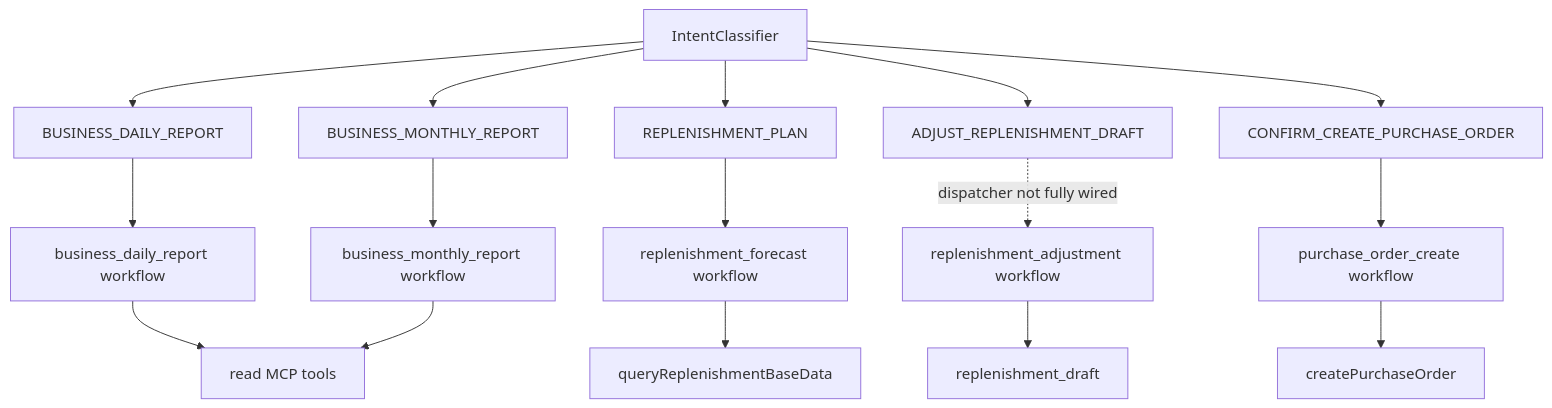
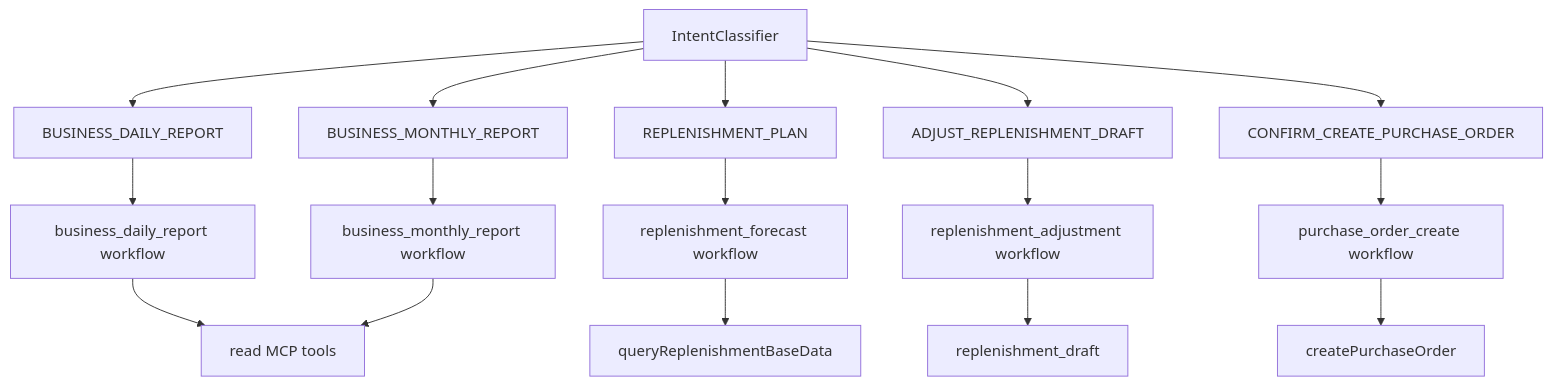
One commit to shiyongyin/storePilotAI changed the first of 2 diagrams in docs/ai-ontology/04_skill_intent_workflow.md. Above: the diagram before and after it, drawn with Mermaid. The commit also changed other lines of this file and 22 other files, not shown here.

````diff
--- a/docs/ai-ontology/04_skill_intent_workflow.md
+++ b/docs/ai-ontology/04_skill_intent_workflow.md
@@ -37,18 +51,18 @@
 ```mermaid
 flowchart TD
   Intent[IntentClassifier] --> Daily[BUSINESS_DAILY_REPORT]
   Intent --> Monthly[BUSINESS_MONTHLY_REPORT]
   Intent --> Repl[REPLENISHMENT_PLAN]
   Intent --> Adj[ADJUST_REPLENISHMENT_DRAFT]
   Intent --> PO[CONFIRM_CREATE_PURCHASE_ORDER]
   Daily --> WFD[business_daily_report workflow]
   Monthly --> WFM[business_monthly_report workflow]
   Repl --> WFR[replenishment_forecast workflow]
-  Adj -. dispatcher not fully wired .-> WFA[replenishment_adjustment workflow]
+  Adj --> WFA[replenishment_adjustment workflow]
   PO --> WFP[purchase_order_create workflow]
   WFD --> MCPQ[read MCP tools]
   WFM --> MCPQ
   WFR --> MCPBase[queryReplenishmentBaseData]
   WFA --> Draft[replenishment_draft]
   WFP --> MCPW[createPurchaseOrder]
 ```
````
